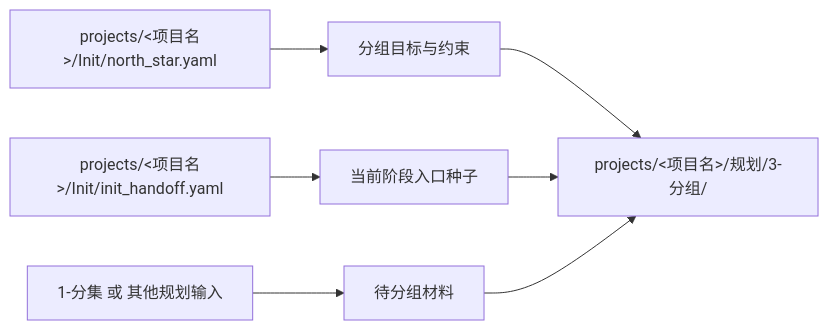
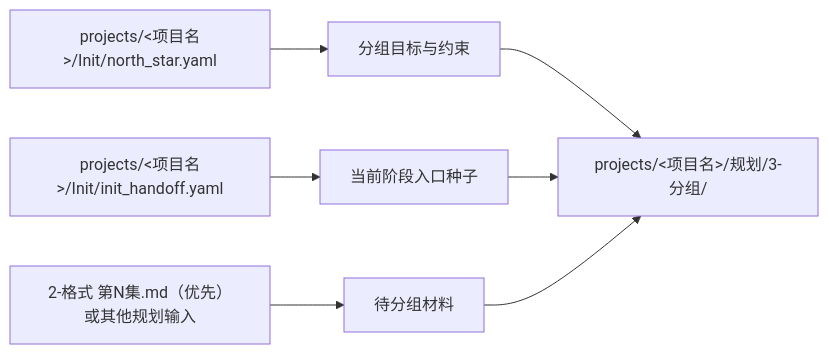
The second of 2 diagrams in .agents/skills/aigc/1-规划/subtypes/3-分组/SKILL.md (ZEN-VOID/AI-CUT), drawn with Mermaid before and after one commit. The commit also changed other lines of this file and 28 other files, not shown here.

````diff
--- a/.agents/skills/aigc/1-规划/subtypes/3-分组/SKILL.md
+++ b/.agents/skills/aigc/1-规划/subtypes/3-分组/SKILL.md
@@ -84,9 +84,9 @@
 ```mermaid
 flowchart LR
     A["projects/<项目名>/Init/north_star.yaml"] --> B["分组目标与约束"]
     C["projects/<项目名>/Init/init_handoff.yaml"] --> D["当前阶段入口种子"]
-    E["1-分集 或 其他规划输入"] --> F["待分组材料"]
+    E["2-格式 第N集.md（优先）或其他规划输入"] --> F["待分组材料"]
     B --> G["projects/<项目名>/规划/3-分组/"]
     D --> G
     F --> G
 ```
````
